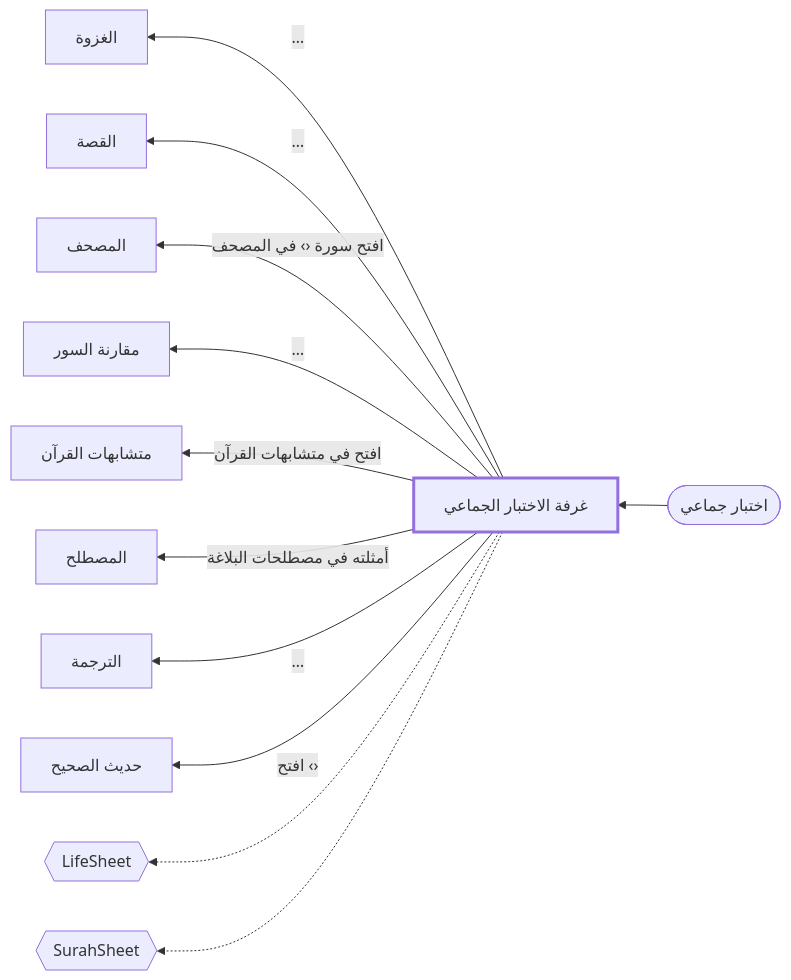
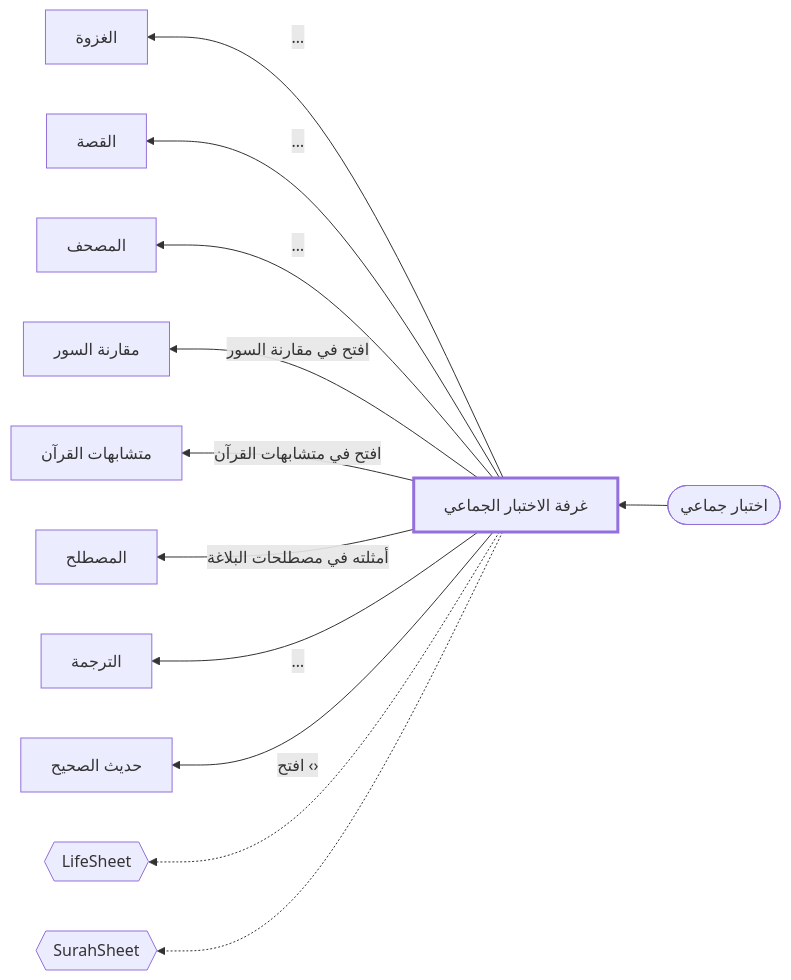
The diagram in docs/feature-map/quiz-party-code.md (msskzx/namaq), drawn with Mermaid before and after one commit. The commit also changed other lines of this file and 24 other files, not shown here.

````diff
--- a/docs/feature-map/quiz-party-code.md
+++ b/docs/feature-map/quiz-party-code.md
@@ -5,16 +5,16 @@
 ```mermaid
 flowchart RL
   me["غرفة الاختبار الجماعي"]
   style me stroke-width:3px
   in0(["اختبار جماعي"]) --> me
   me -- "…" --> out0["الغزوة"]
   me -- "…" --> out1["القصة"]
-  me -- "افتح سورة ‹› في المصحف" --> out2["المصحف"]
-  me -- "…" --> out3["مقارنة السور"]
+  me -- "…" --> out2["المصحف"]
+  me -- "افتح في مقارنة السور" --> out3["مقارنة السور"]
   me -- "افتح في متشابهات القرآن" --> out4["متشابهات القرآن"]
   me -- "أمثلته في مصطلحات البلاغة" --> out5["المصطلح"]
   me -- "…" --> out6["الترجمة"]
   me -- "افتح ‹›" --> out7["حديث الصحيح"]
   me -.-> sheet0{{"LifeSheet"}}
   me -.-> sheet1{{"SurahSheet"}}
 ```
````
